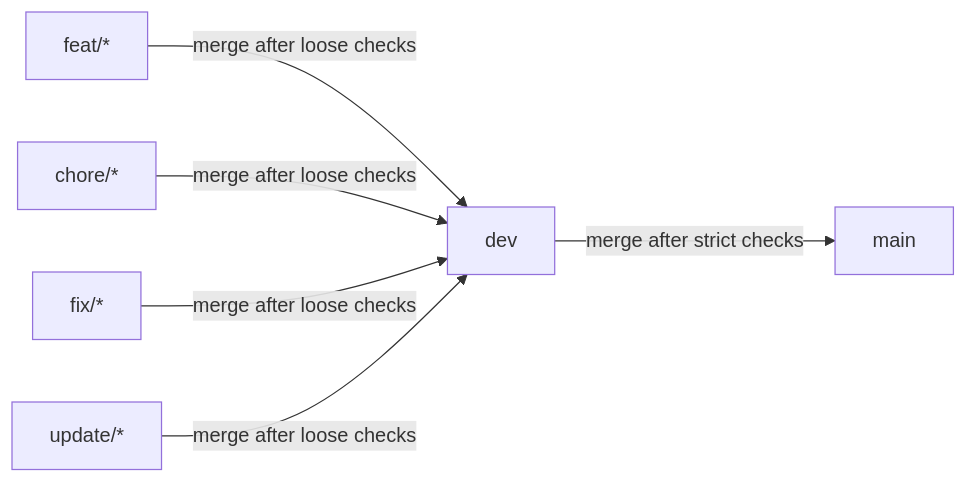
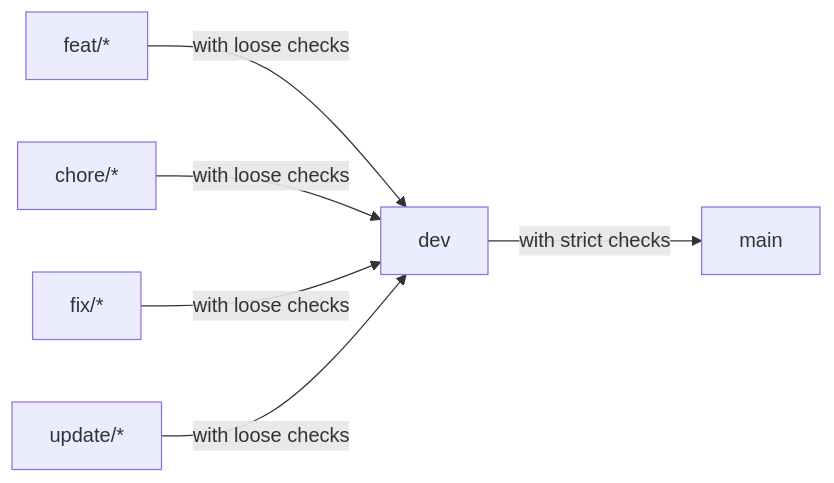
Before and after one commit to pokemon-GA/scarlet-queen: the third of 3 diagrams in README.md, drawn with Mermaid.

````diff
--- a/README.md
+++ b/README.md
@@ -149,8 +149,8 @@
 ```mermaid
 flowchart LR
-    dev["dev"] -->|merge after strict checks| main["main"]
-    feature["feat/*"] -->|merge after loose checks| dev["dev"]
-    chore["chore/*"] -->|merge after loose checks| dev["dev"]
-    fix["fix/*"] -->|merge after loose checks| dev["dev"]
-    update["update/*"] -->|merge after loose checks| dev["dev"]
+    dev["dev"] -->|with strict checks| main["main"]
+    feature["feat/*"] -->|with loose checks| dev["dev"]
+    chore["chore/*"] -->|with loose checks| dev["dev"]
+    fix["fix/*"] -->|with loose checks| dev["dev"]
+    update["update/*"] -->|with loose checks| dev["dev"]
 ```
````
